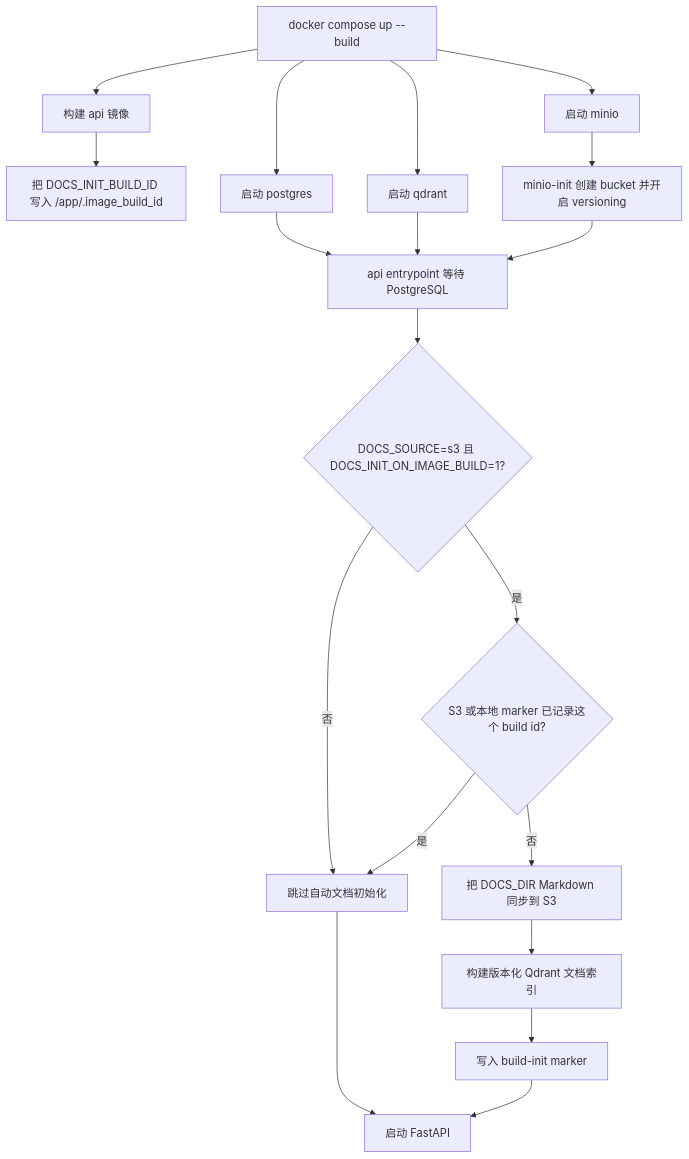
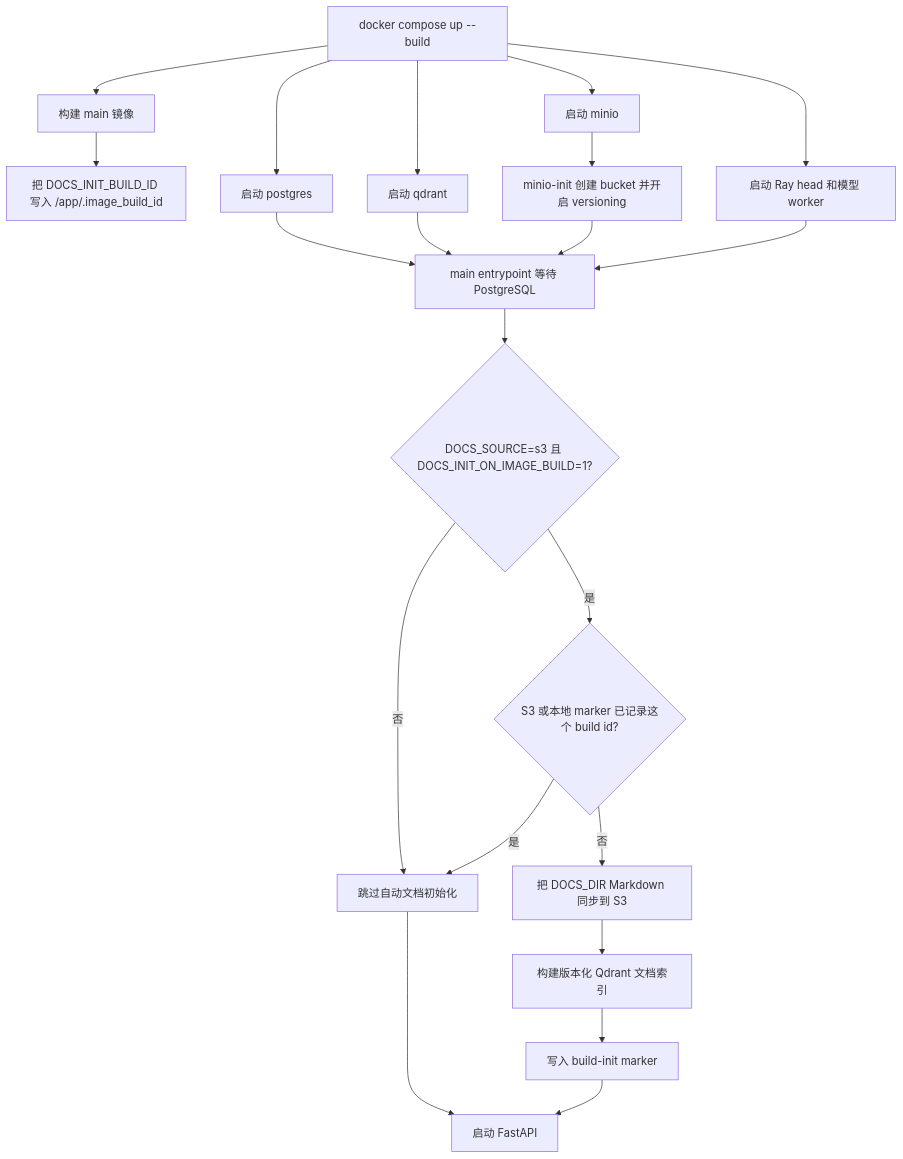
Before and after one commit to XingjiaYang/Knowledge-Base-Assistant: the second of 4 diagrams in readme.zh.md, drawn with Mermaid. The commit also changed other lines of this file and 16 other files, not shown here.

Commit message:
Add Ray model worker architecture

````diff
--- a/readme.zh.md
+++ b/readme.zh.md
@@ -157,21 +214,23 @@
 ```mermaid
 flowchart TD
-    A["docker compose up --build"] --> B["构建 api 镜像"]
+    A["docker compose up --build"] --> B["构建 main 镜像"]
     B --> C["把 DOCS_INIT_BUILD_ID 写入 /app/.image_build_id"]
     A --> D["启动 postgres"]
     A --> E["启动 qdrant"]
     A --> F["启动 minio"]
+    A --> R["启动 Ray head 和模型 worker"]
     F --> G["minio-init 创建 bucket 并开启 versioning"]
-    D --> H["api entrypoint 等待 PostgreSQL"]
+    D --> H["main entrypoint 等待 PostgreSQL"]
     E --> H
     G --> H
+    R --> H
     H --> I{"DOCS_SOURCE=s3 且 DOCS_INIT_ON_IMAGE_BUILD=1?"}
     I -- "否" --> J["跳过自动文档初始化"]
     I -- "是" --> K{"S3 或本地 marker 已记录这个 build id?"}
     K -- "是" --> J
     K -- "否" --> L["把 DOCS_DIR Markdown 同步到 S3"]
     L --> M["构建版本化 Qdrant 文档索引"]
     M --> N["写入 build-init marker"]
     J --> O["启动 FastAPI"]
     N --> O
 ```
````
